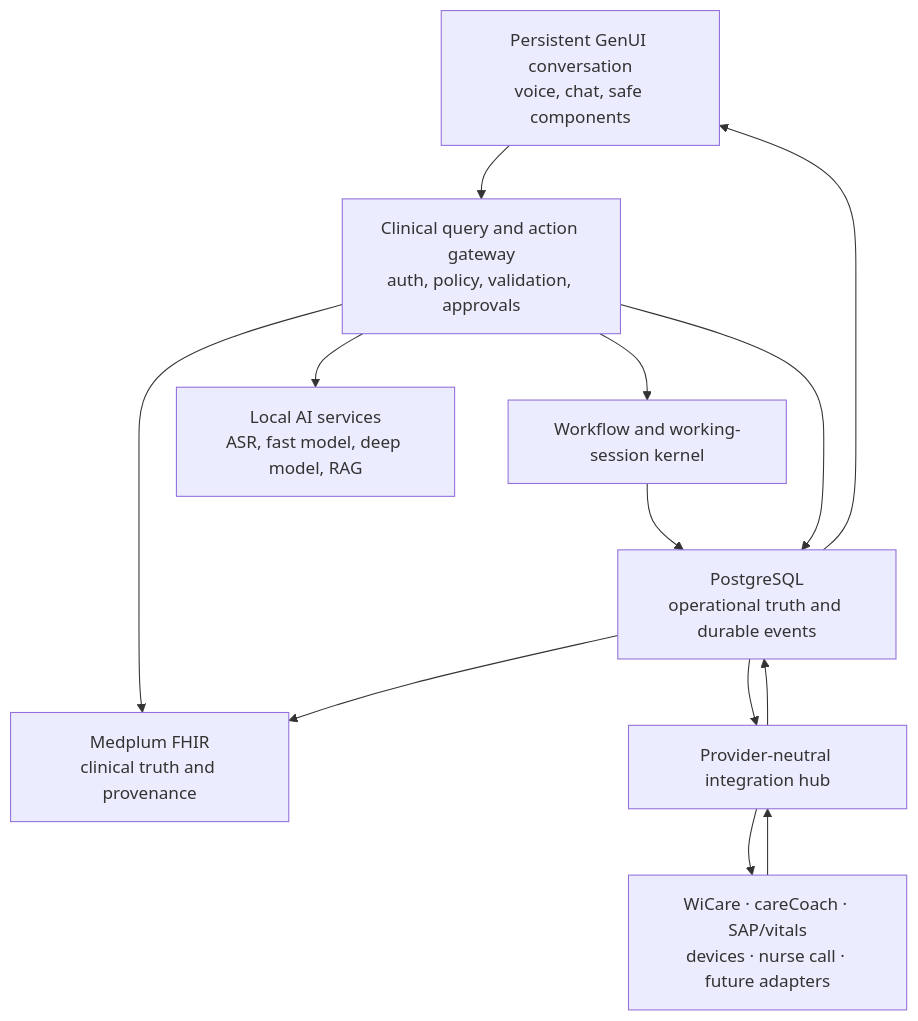
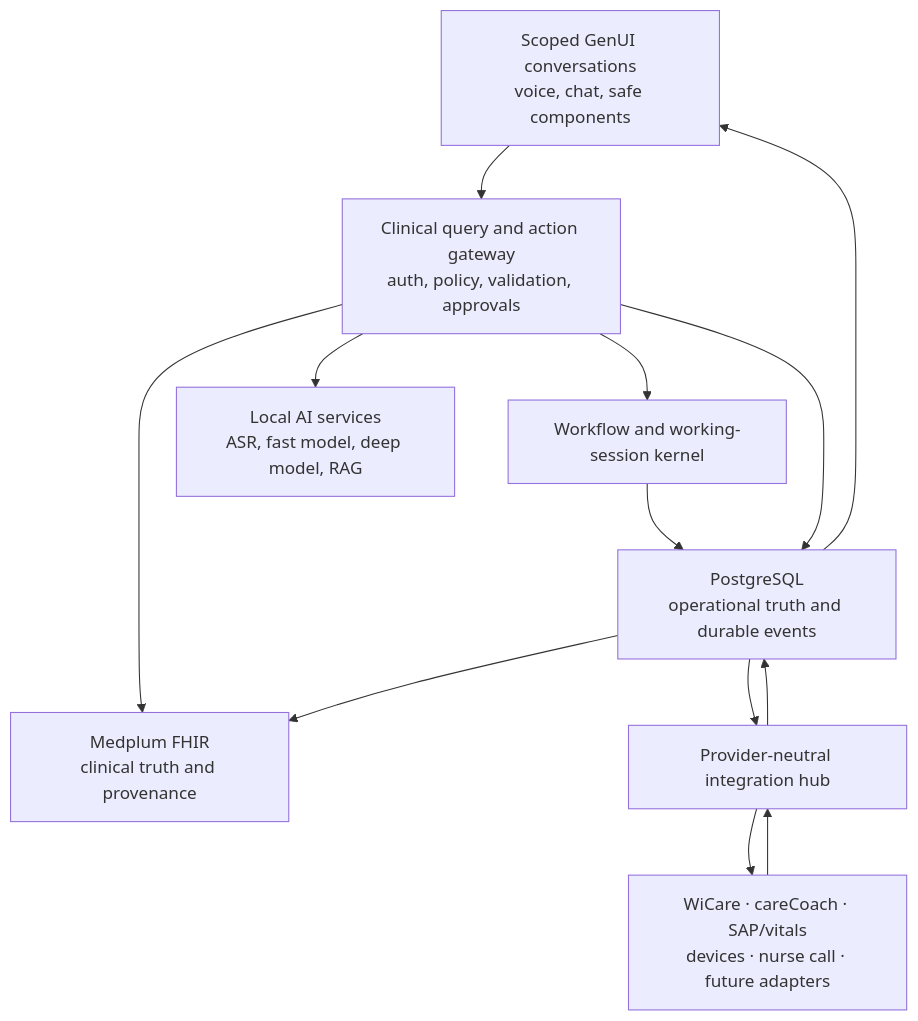
Before and after one commit to mariospeterman/Pflegehelfer: the diagram in docs/ARCHITECTURE.md, drawn with Mermaid. The commit also changed other lines of this file and 46 other files, not shown here.

Commit message:
feat: harden scoped GenUI clinical workspace

````diff
--- a/docs/ARCHITECTURE.md
+++ b/docs/ARCHITECTURE.md
@@ -18,23 +18,23 @@
 ```mermaid
 flowchart TD
-  UI["Persistent GenUI conversation\nvoice, chat, safe components"]
+  UI["Scoped GenUI conversations\nvoice, chat, safe components"]
   G["Clinical query and action gateway\nauth, policy, validation, approvals"]
   W["Workflow and working-session kernel"]
   AI["Local AI services\nASR, fast model, deep model, RAG"]
   PG["PostgreSQL\noperational truth and durable events"]
   FHIR["Medplum FHIR\nclinical truth and provenance"]
   HUB["Provider-neutral integration hub"]
   P["WiCare · careCoach · SAP/vitals\ndevices · nurse call · future adapters"]
   UI --> G
   G --> W
   G --> AI
   W --> PG
   G --> PG
   G --> FHIR
   PG --> HUB
   HUB --> P
   P --> HUB
   HUB --> PG
   PG --> FHIR
   PG --> UI
 ```
````
